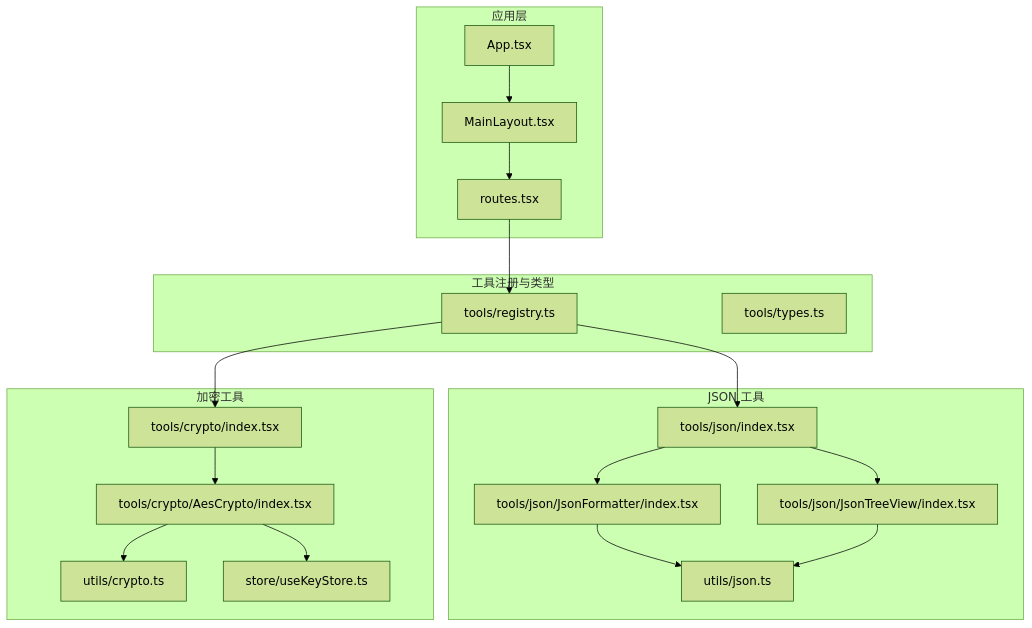
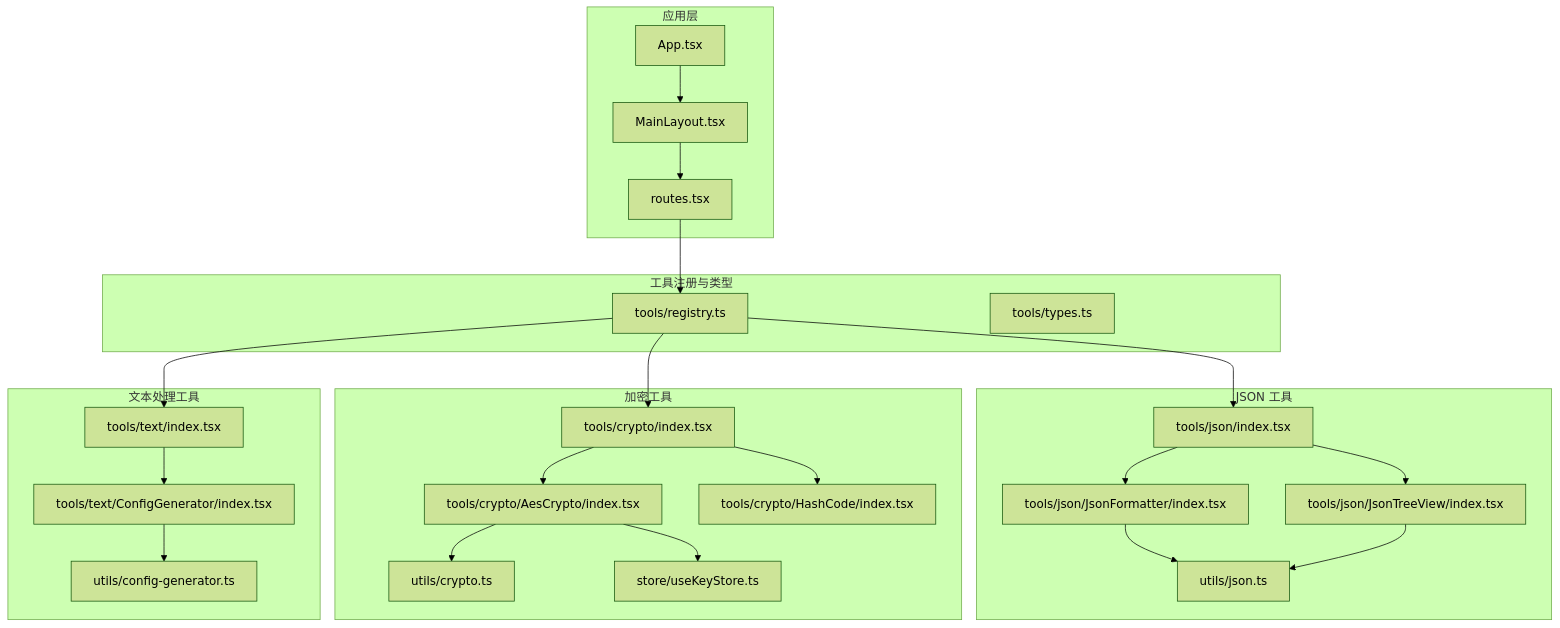
The first of 9 diagrams in .qoder/repowiki/zh/content/工具系统.md (xkdaq/XKUtil), drawn with Mermaid (forest theme) before and after one commit. The commit also changed other lines of this file and 81 other files, not shown here.

````diff
--- a/.qoder/repowiki/zh/content/工具系统.md
+++ b/.qoder/repowiki/zh/content/工具系统.md
@@ -39,36 +52,46 @@
 ```mermaid
 graph TB
 subgraph "应用层"
 App["App.tsx"]
 Layout["MainLayout.tsx"]
 Routes["routes.tsx"]
 end
 subgraph "工具注册与类型"
 Registry["tools/registry.ts"]
 Types["tools/types.ts"]
 end
 subgraph "JSON 工具"
 JsonIndex["tools/json/index.tsx"]
 JsonFormatter["tools/json/JsonFormatter/index.tsx"]
 JsonTreeView["tools/json/JsonTreeView/index.tsx"]
 JsonUtils["utils/json.ts"]
 end
 subgraph "加密工具"
 CryptoIndex["tools/crypto/index.tsx"]
 AesCrypto["tools/crypto/AesCrypto/index.tsx"]
+HashCode["tools/crypto/HashCode/index.tsx"]
 CryptoUtils["utils/crypto.ts"]
 KeyStore["store/useKeyStore.ts"]
+end
+subgraph "文本处理工具"
+TextIndex["tools/text/index.tsx"]
+ConfigGenerator["tools/text/ConfigGenerator/index.tsx"]
+ConfigUtils["utils/config-generator.ts"]
 end
 App --> Layout
 Layout --> Routes
 Routes --> Registry
 Registry --> JsonIndex
 Registry --> CryptoIndex
+Registry --> TextIndex
 JsonIndex --> JsonFormatter
 JsonIndex --> JsonTreeView
 JsonFormatter --> JsonUtils
 JsonTreeView --> JsonUtils
 CryptoIndex --> AesCrypto
+CryptoIndex --> HashCode
 AesCrypto --> CryptoUtils
 AesCrypto --> KeyStore
+TextIndex --> ConfigGenerator
+ConfigGenerator --> ConfigUtils
 ```
````
